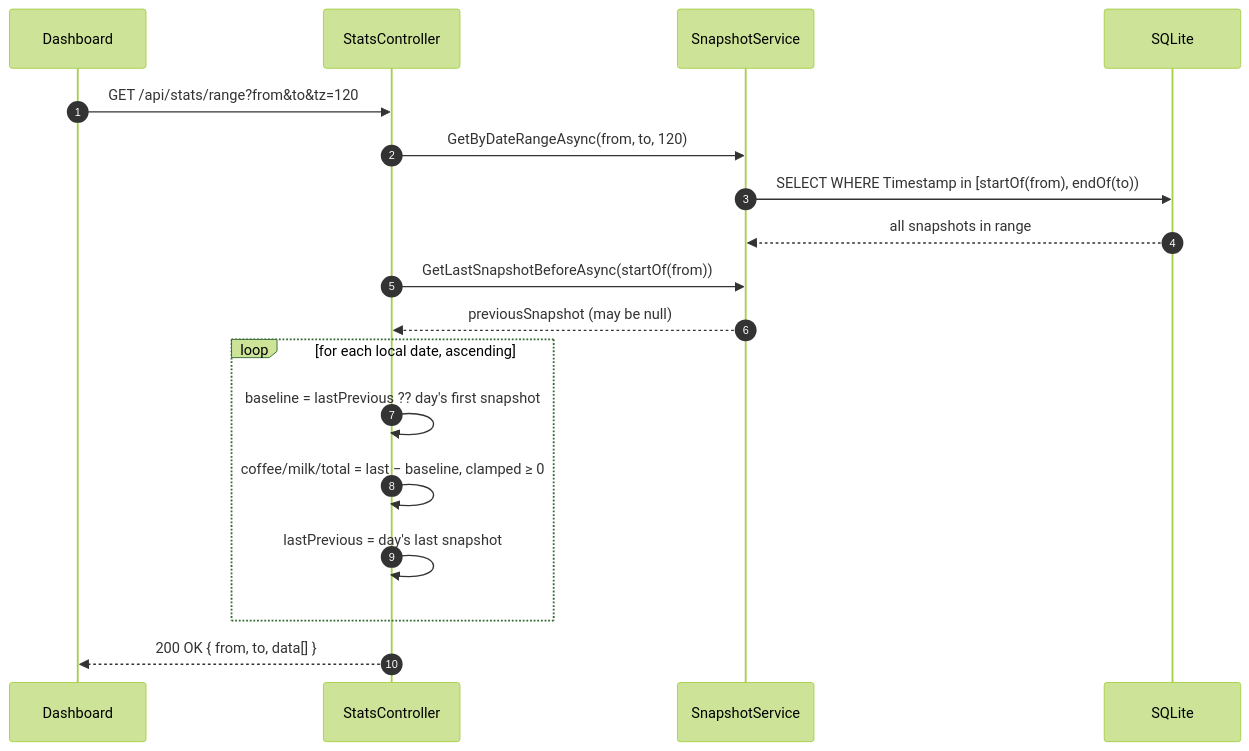
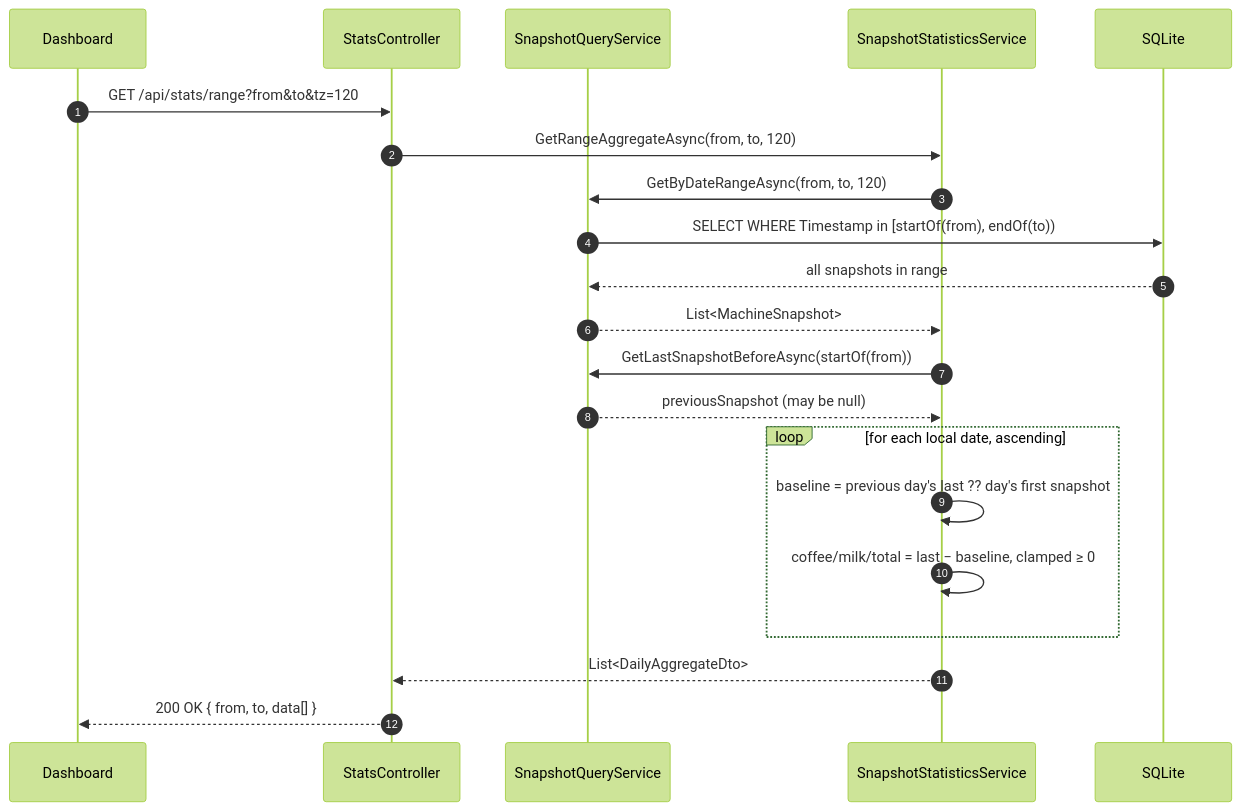
Before and after one commit to Gereon93/coffee: the fourth of 7 diagrams in doc/arc42/06-runtime.md, drawn with Mermaid (forest theme). The commit also changed other lines of this file and 34 other files, not shown here.

First line of the commit message:
refactor(api): SnapshotService in vier Verantwortlichkeiten schneiden (TD-12/13/14) (#44)

````diff
--- a/doc/arc42/06-runtime.md
+++ b/doc/arc42/06-runtime.md
@@ -103,23 +105,27 @@
 ```mermaid
 sequenceDiagram
     autonumber
     participant D as Dashboard
     participant C as StatsController
-    participant S as SnapshotService
+    participant Q as SnapshotQueryService
+    participant S as SnapshotStatisticsService
     participant DB as SQLite
 
     D->>C: GET /api/stats/range?from&to&tz=120
-    C->>S: GetByDateRangeAsync(from, to, 120)
-    S->>DB: SELECT WHERE Timestamp in [startOf(from), endOf(to))
-    DB-->>S: all snapshots in range
-    C->>S: GetLastSnapshotBeforeAsync(startOf(from))
-    S-->>C: previousSnapshot (may be null)
+    C->>S: GetRangeAggregateAsync(from, to, 120)
+    S->>Q: GetByDateRangeAsync(from, to, 120)
+    Q->>DB: SELECT WHERE Timestamp in [startOf(from), endOf(to))
+    DB-->>Q: all snapshots in range
+    Q-->>S: List<MachineSnapshot>
+    S->>Q: GetLastSnapshotBeforeAsync(startOf(from))
+    Q-->>S: previousSnapshot (may be null)
 
     loop for each local date, ascending
-        C->>C: baseline = lastPrevious ?? day's first snapshot
-        C->>C: coffee/milk/total = last − baseline, clamped ≥ 0
-        C->>C: lastPrevious = day's last snapshot
+        S->>S: baseline = previous day's last ?? day's first snapshot
+        S->>S: coffee/milk/total = last − baseline, clamped ≥ 0
     end
+
+    S-->>C: List<DailyAggregateDto>
 
     C-->>D: 200 OK { from, to, data[] }
 ```
````
